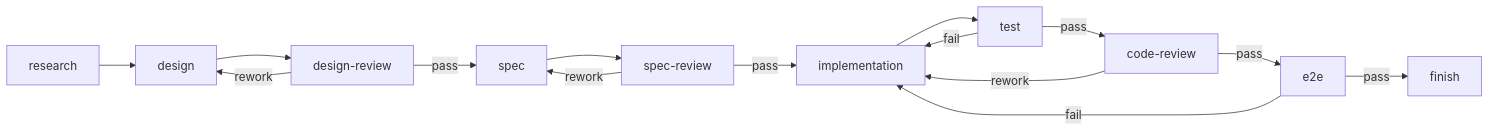
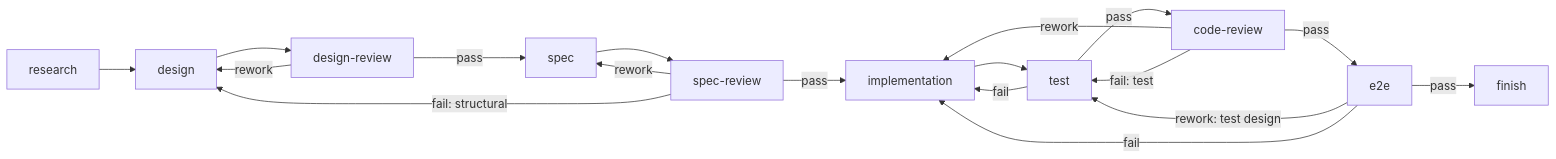
Before and after one commit to liyangink/team-work-runtime: the second of 3 diagrams in docs/runtime-plugin-design.md, drawn with Mermaid. The commit also changed other lines of this file and 22 other files, not shown here.

````diff
--- a/docs/runtime-plugin-design.md
+++ b/docs/runtime-plugin-design.md
@@ -144,17 +144,20 @@
 ```mermaid
 flowchart LR
     R["research"] --> D["design"]
     D --> DR["design-review"]
     DR -->|"pass"| S["spec"]
     DR -->|"rework"| D
     S --> SR["spec-review"]
     SR -->|"pass"| I["implementation"]
     SR -->|"rework"| S
+    SR -->|"fail: structural"| D
     I --> T["test"]
     T -->|"pass"| CR["code-review"]
     T -->|"fail"| I
     CR -->|"pass"| E["e2e"]
     CR -->|"rework"| I
+    CR -->|"fail: test"| T
     E -->|"pass"| F["finish"]
+    E -->|"rework: test design"| T
     E -->|"fail"| I
 ```
````
